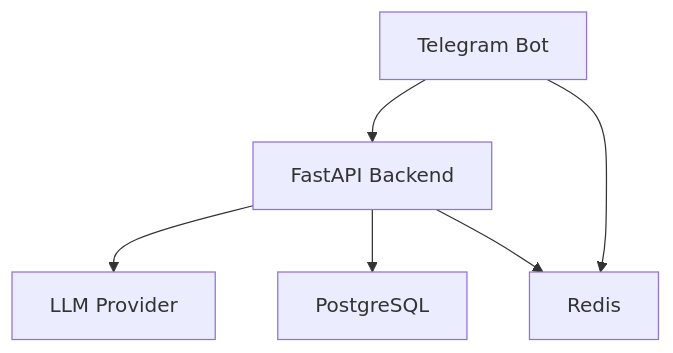
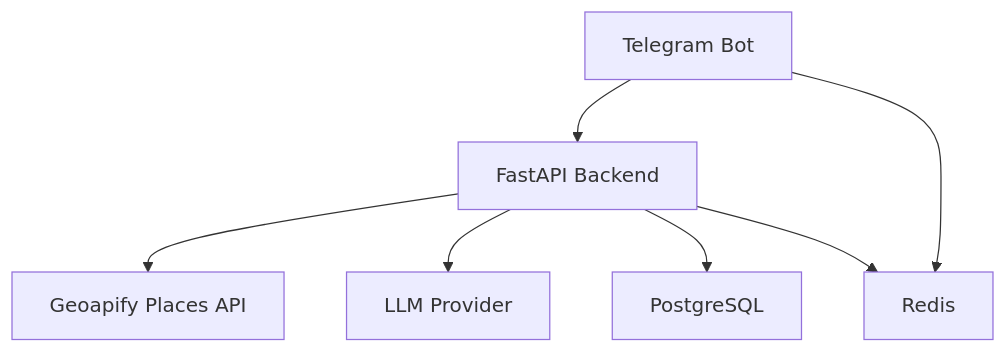
The diagram in README.md (liliya-sochi/travel-ai-hankego), drawn with Mermaid before and after one commit. The commit also changed other lines of this file, not shown here.

Commit message:
docs: document grounded Geoapify itineraries

````diff
--- a/README.md
+++ b/README.md
@@ -24,8 +24,9 @@
 ```mermaid
 flowchart TD
     TG["Telegram Bot"] --> API["FastAPI Backend"]
     TG --> Redis["Redis"]
+    API --> GEO["Geoapify Places API"]
     API --> LLM["LLM Provider"]
     API --> PG["PostgreSQL"]
     API --> Redis
 ```
````
